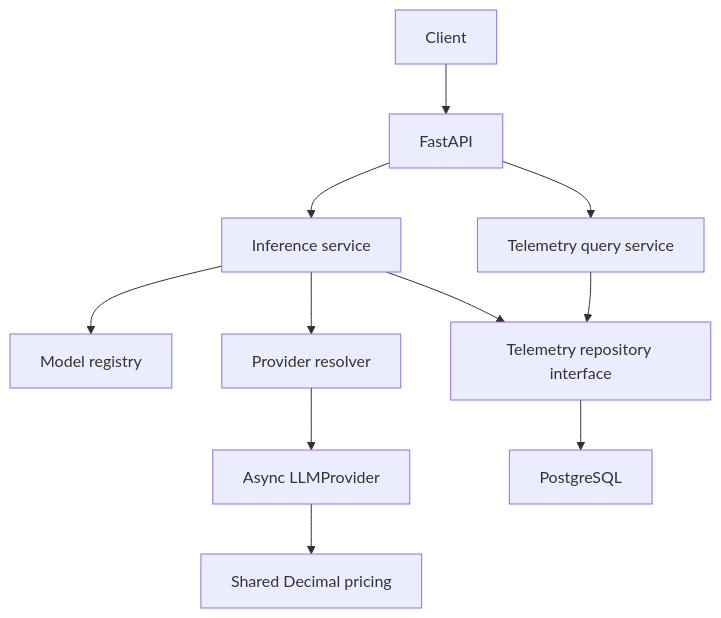
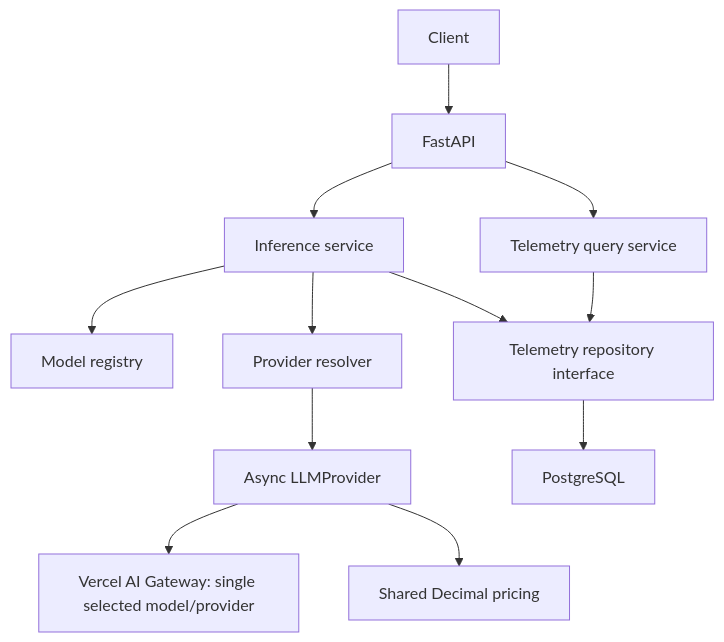
One commit to asab77/RouteLLM changed the diagram in README.md. Above: the diagram before and after it, drawn with Mermaid. The commit also changed other lines of this file and 47 other files, not shown here.

````diff
--- a/README.md
+++ b/README.md
@@ -198,13 +204,14 @@
 ```mermaid
 flowchart TD
     Client --> FastAPI
     FastAPI --> Service[Inference service]
     Service --> Registry[Model registry]
     Service --> Resolver[Provider resolver]
     Resolver --> Provider[Async LLMProvider]
+    Provider --> Gateway[Vercel AI Gateway: single selected model/provider]
     Provider --> Pricing[Shared Decimal pricing]
     Service --> Repository[Telemetry repository interface]
     Repository --> PostgreSQL
     FastAPI --> Query[Telemetry query service]
     Query --> Repository
 ```
````
